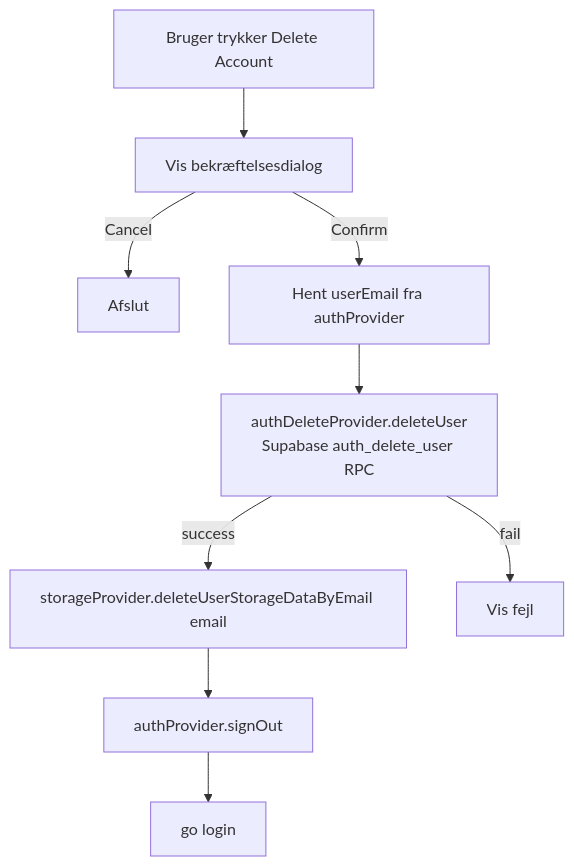
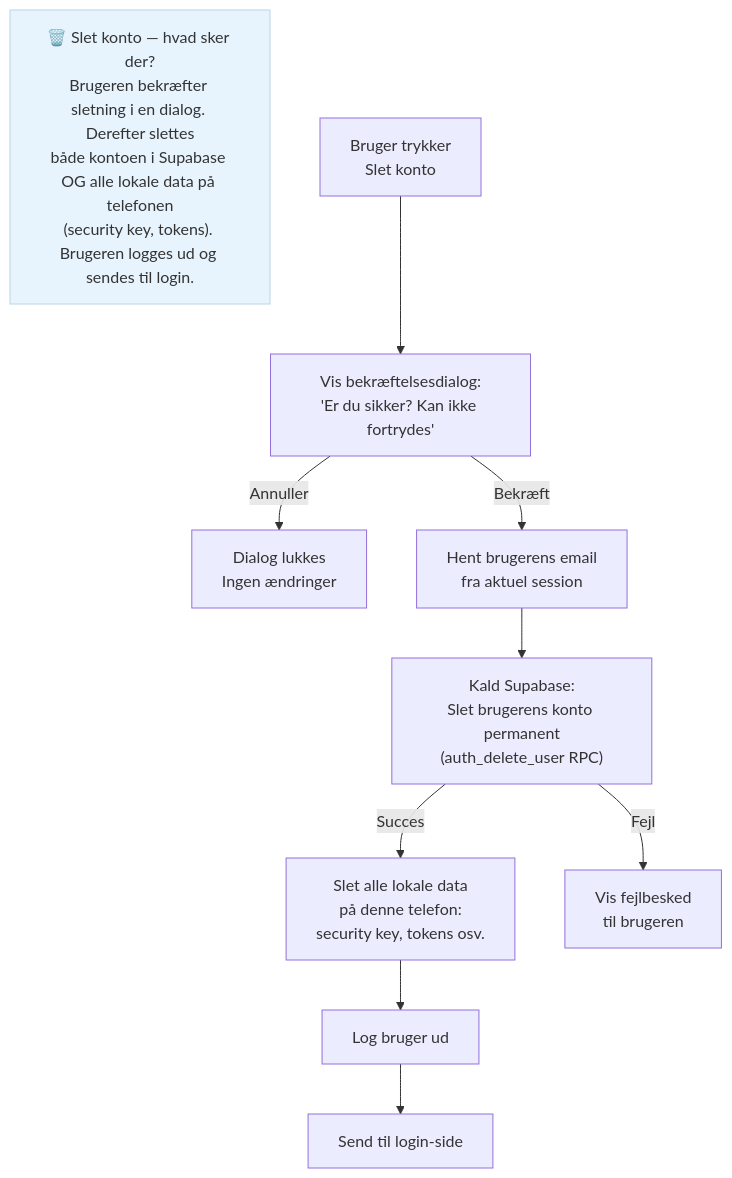
Before and after one commit to plauge/flutter_startup: the diagram in docs/diagrams/delete_account.mmd, drawn with Mermaid. The commit also changed 12 other files, not shown here.

Commit message:
Diagrammer er nu med bedre beskrivelser.

```diff
--- a/docs/diagrams/delete_account.mmd
+++ b/docs/diagrams/delete_account.mmd
@@ -1,11 +1,12 @@
 flowchart TD
-    Start["Bruger trykker Delete Account"]
-    Confirm["Vis bekræftelsesdialog"]
-    Start --> Confirm
-    Confirm -->|Cancel| EndFlow["Afslut"]
-    Confirm -->|Confirm| GetEmail["Hent userEmail fra authProvider"]
-    GetEmail --> CallDelete["authDeleteProvider.deleteUser\nSupabase auth_delete_user RPC"]
-    CallDelete -->|success| DeleteLocal["storageProvider.deleteUserStorageDataByEmail email"]
-    DeleteLocal --> SignOut["authProvider.signOut"]
-    SignOut --> NavigateLogin["go login"]
-    CallDelete -->|fail| ShowError["Vis fejl"]
+    Desc["🗑️ Slet konto — hvad sker der?\nBrugeren bekræfter sletning i en dialog. Derefter slettes\nbåde kontoen i Supabase OG alle lokale data på telefonen\n(security key, tokens). Brugeren logges ud og sendes til login."]
+    style Desc fill:#e8f4fd,stroke:#b8d4e8
+
+    Start["Bruger trykker\nSlet konto"] --> Confirm["Vis bekræftelsesdialog:\n'Er du sikker? Kan ikke fortrydes'"]
+    Confirm -->|"Annuller"| EndFlow["Dialog lukkes\nIngen ændringer"]
+    Confirm -->|"Bekræft"| GetEmail["Hent brugerens email\nfra aktuel session"]
+    GetEmail --> CallDelete["Kald Supabase:\nSlet brugerens konto permanent\n(auth_delete_user RPC)"]
+    CallDelete -->|"Succes"| DeleteLocal["Slet alle lokale data\npå denne telefon:\nsecurity key, tokens osv."]
+    DeleteLocal --> SignOut["Log bruger ud"]
+    SignOut --> NavigateLogin["Send til login-side"]
+    CallDelete -->|"Fejl"| ShowError["Vis fejlbesked\ntil brugeren"]
```
